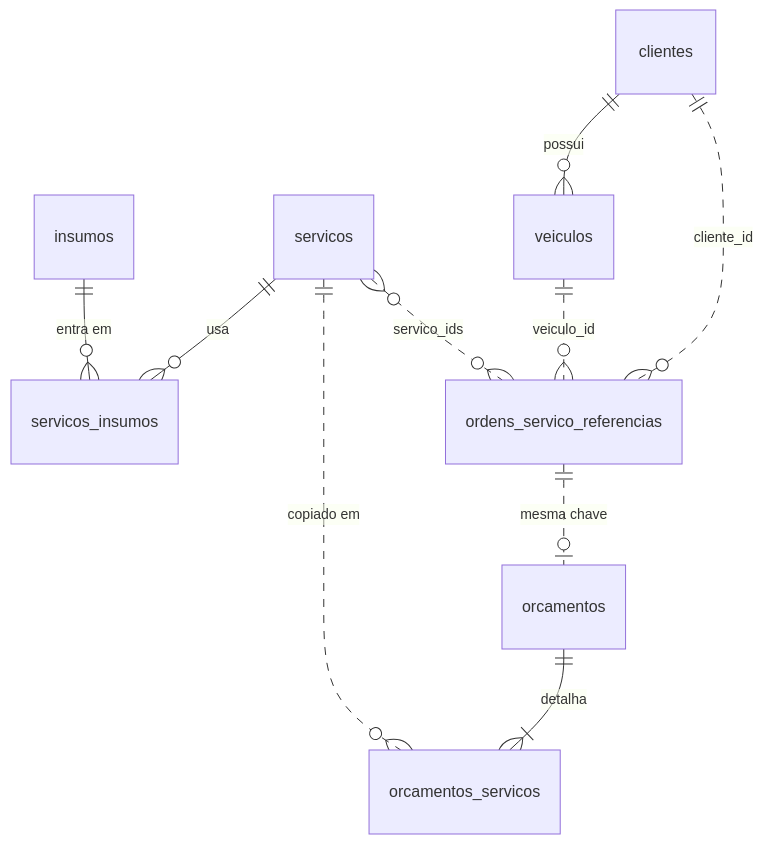
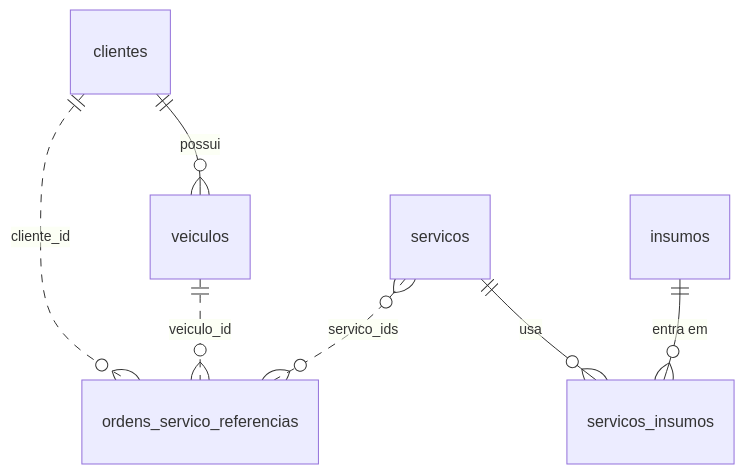
One commit to GuiToniello/tech-challenge-fase-4-MANAGEMENT-soat16-rm374658 changed the diagram in docs/adr/ADR-017-PostgreSQL-no-Amazon-RDS-e-Modelo-de-Dados.md. Above: the diagram before and after it, drawn with Mermaid. The commit also changed other lines of this file and 129 other files, not shown here.

````diff
--- a/docs/adr/ADR-017-PostgreSQL-no-Amazon-RDS-e-Modelo-de-Dados.md
+++ b/docs/adr/ADR-017-PostgreSQL-no-Amazon-RDS-e-Modelo-de-Dados.md
@@ -82,12 +84,9 @@
 ```mermaid
 erDiagram
   clientes ||--o{ veiculos : "possui"
   servicos ||--o{ servicos_insumos : "usa"
   insumos ||--o{ servicos_insumos : "entra em"
-  orcamentos ||--|{ orcamentos_servicos : "detalha"
-  servicos ||..o{ orcamentos_servicos : "copiado em"
   clientes ||..o{ ordens_servico_referencias : "cliente_id"
   veiculos ||..o{ ordens_servico_referencias : "veiculo_id"
   servicos }o..o{ ordens_servico_referencias : "servico_ids"
-  ordens_servico_referencias ||..o| orcamentos : "mesma chave"
 ```
````
